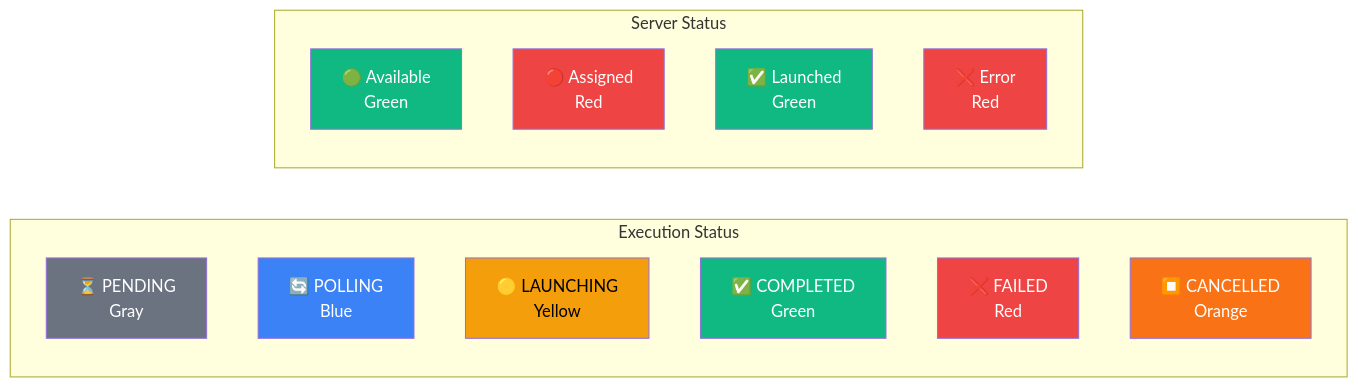
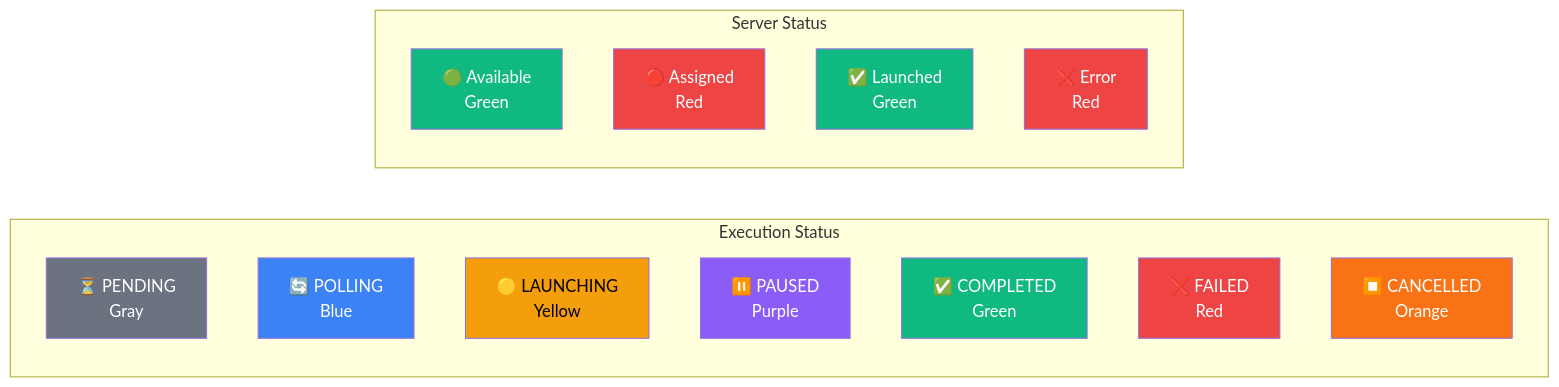
One commit to johnjcousens/aws-elasticdrs-orchestrator changed the fourth of 4 diagrams in docs/requirements/UX_UI_DESIGN_SPECIFICATIONS.md. Above: the diagram before and after it, drawn with Mermaid. The commit also changed other lines of this file and 3 other files, not shown here.

````diff
--- a/docs/requirements/UX_UI_DESIGN_SPECIFICATIONS.md
+++ b/docs/requirements/UX_UI_DESIGN_SPECIFICATIONS.md
@@ -315,30 +333,32 @@
 ```mermaid
 graph LR
     subgraph "Execution Status"
         PENDING["⏳ PENDING<br/>Gray"]
         POLLING["🔄 POLLING<br/>Blue"]
         LAUNCHING["🟡 LAUNCHING<br/>Yellow"]
+        PAUSED["⏸️ PAUSED<br/>Purple"]
         COMPLETED["✅ COMPLETED<br/>Green"]
         FAILED["❌ FAILED<br/>Red"]
         CANCELLED["⏹️ CANCELLED<br/>Orange"]
     end
     
     subgraph "Server Status"
         AVAILABLE["🟢 Available<br/>Green"]
         ASSIGNED["🔴 Assigned<br/>Red"]
         LAUNCHED["✅ Launched<br/>Green"]
         ERROR["❌ Error<br/>Red"]
     end
     
     style PENDING fill:#6B7280,color:#fff
     style POLLING fill:#3B82F6,color:#fff
     style LAUNCHING fill:#F59E0B,color:#000
+    style PAUSED fill:#8B5CF6,color:#fff
     style COMPLETED fill:#10B981,color:#fff
     style FAILED fill:#EF4444,color:#fff
     style CANCELLED fill:#F97316,color:#fff
     
     style AVAILABLE fill:#10B981,color:#fff
     style ASSIGNED fill:#EF4444,color:#fff
     style LAUNCHED fill:#10B981,color:#fff
     style ERROR fill:#EF4444,color:#fff
 ```
````
